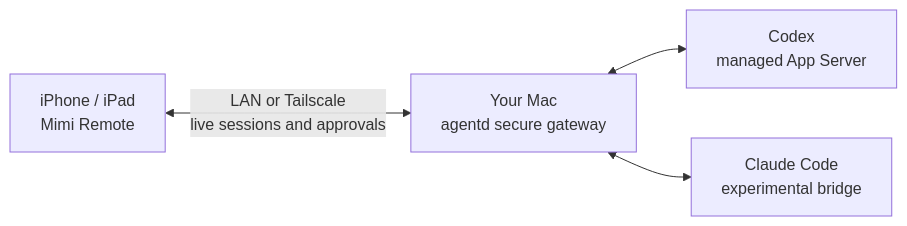
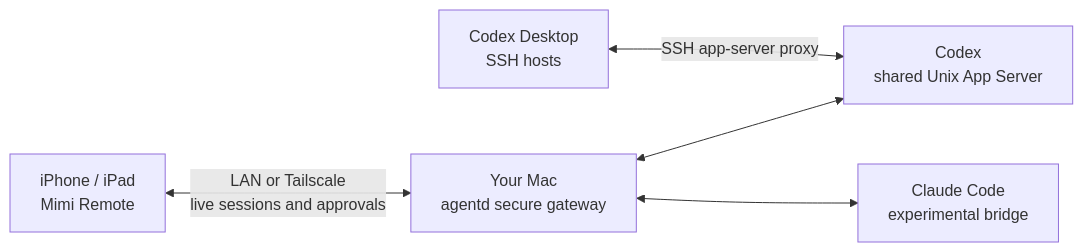
Before and after one commit to gaixianggeng/mimi-remote: the diagram in README.md, drawn with Mermaid. The commit also changed other lines of this file and 89 other files, not shown here.

Commit message:
MIM-207 share Codex App Server over SSH

````diff
--- a/README.md
+++ b/README.md
@@ -142,11 +142,13 @@
 ```mermaid
 flowchart LR
     Mobile["iPhone / iPad<br/>Mimi Remote"]
     Gateway["Your Mac<br/>agentd secure gateway"]
-    Codex["Codex<br/>managed App Server"]
+    Codex["Codex<br/>shared Unix App Server"]
+    Desktop["Codex Desktop<br/>SSH hosts"]
     Claude["Claude Code<br/>experimental bridge"]
 
     Mobile <-->|"LAN or Tailscale<br/>live sessions and approvals"| Gateway
     Gateway <--> Codex
+    Desktop <-->|"SSH app-server proxy"| Codex
     Gateway <--> Claude
 ```
````
